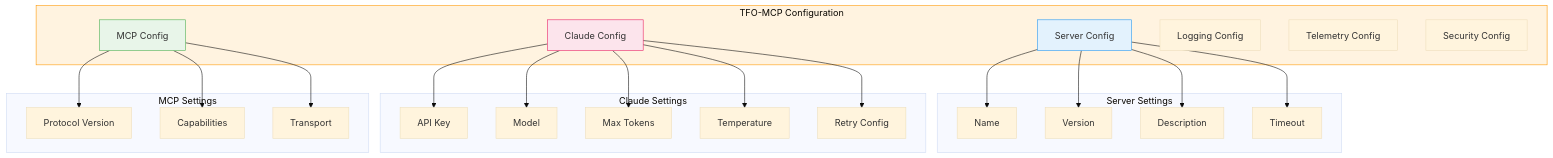
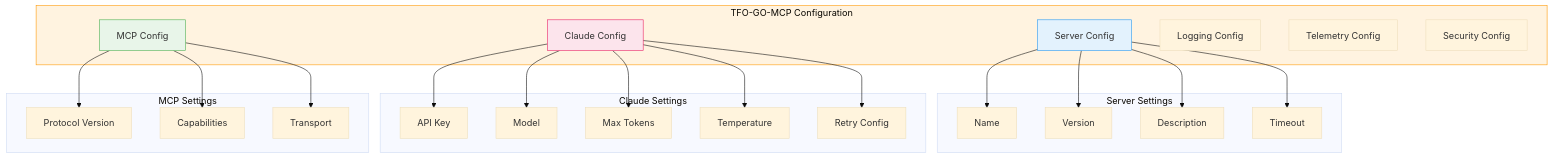
One commit to telemetryflow/telemetryflow-mcp changed the third of 16 diagrams in docs/CONFIGURATION.md. Above: the diagram before and after it, drawn with Mermaid (base theme). The commit also changed other lines of this file and 81 other files, not shown here.

Commit message:
fix: Refactoring TFO-MCP to TFO-GO-MCP

````diff
--- a/docs/CONFIGURATION.md
+++ b/docs/CONFIGURATION.md
@@ -90,41 +90,41 @@
 ```mermaid
 flowchart TB
-    subgraph Config["TFO-MCP Configuration"]
+    subgraph Config["TFO-GO-MCP Configuration"]
         SERVER["Server Config"]
         CLAUDE["Claude Config"]
         MCP["MCP Config"]
         LOGGING["Logging Config"]
         TELEMETRY["Telemetry Config"]
         SECURITY["Security Config"]
     end
 
     subgraph Server["Server Settings"]
         S1["Name"]
         S2["Version"]
         S3["Description"]
         S4["Timeout"]
     end
 
     subgraph Claude["Claude Settings"]
         C1["API Key"]
         C2["Model"]
         C3["Max Tokens"]
         C4["Temperature"]
         C5["Retry Config"]
     end
 
     subgraph MCPSettings["MCP Settings"]
         M1["Protocol Version"]
         M2["Capabilities"]
         M3["Transport"]
     end
 
     SERVER --> S1 & S2 & S3 & S4
     CLAUDE --> C1 & C2 & C3 & C4 & C5
     MCP --> M1 & M2 & M3
 
     style Config fill:#fff3e0,stroke:#ff9800
     style SERVER fill:#e3f2fd,stroke:#2196f3
     style CLAUDE fill:#fce4ec,stroke:#e91e63
     style MCP fill:#e8f5e9,stroke:#4caf50
 ```
````
